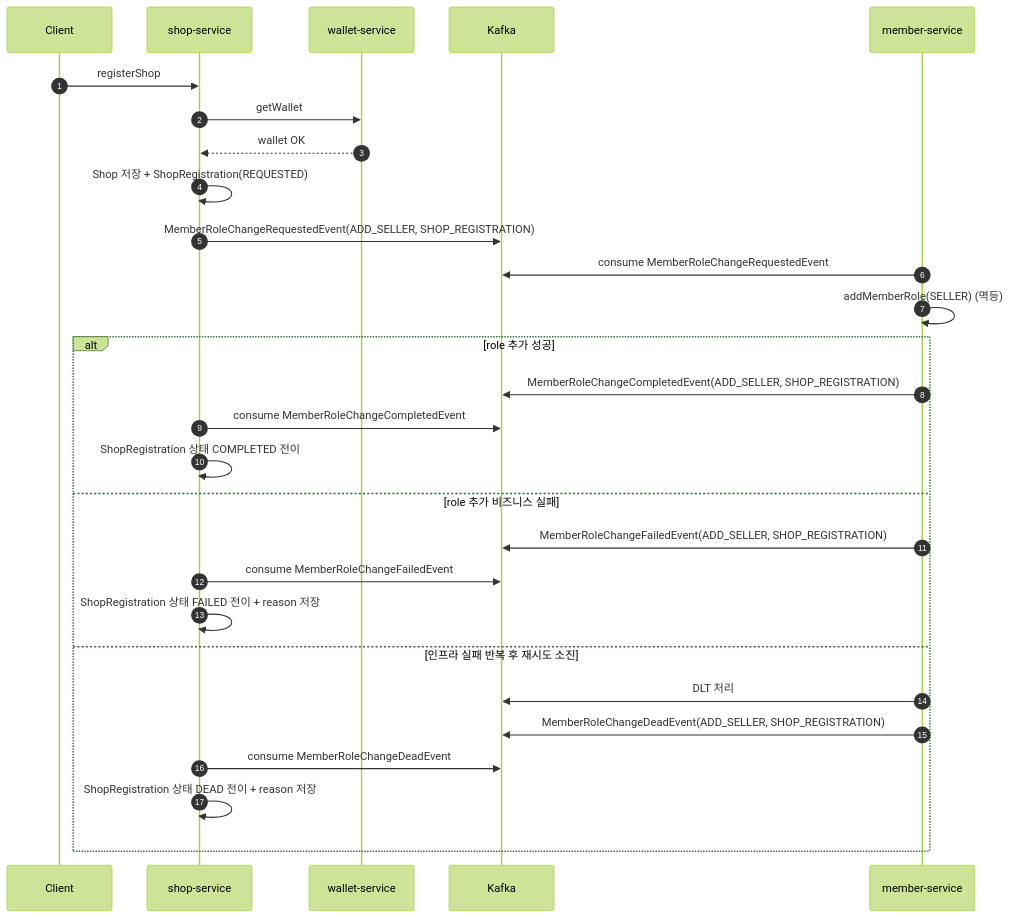
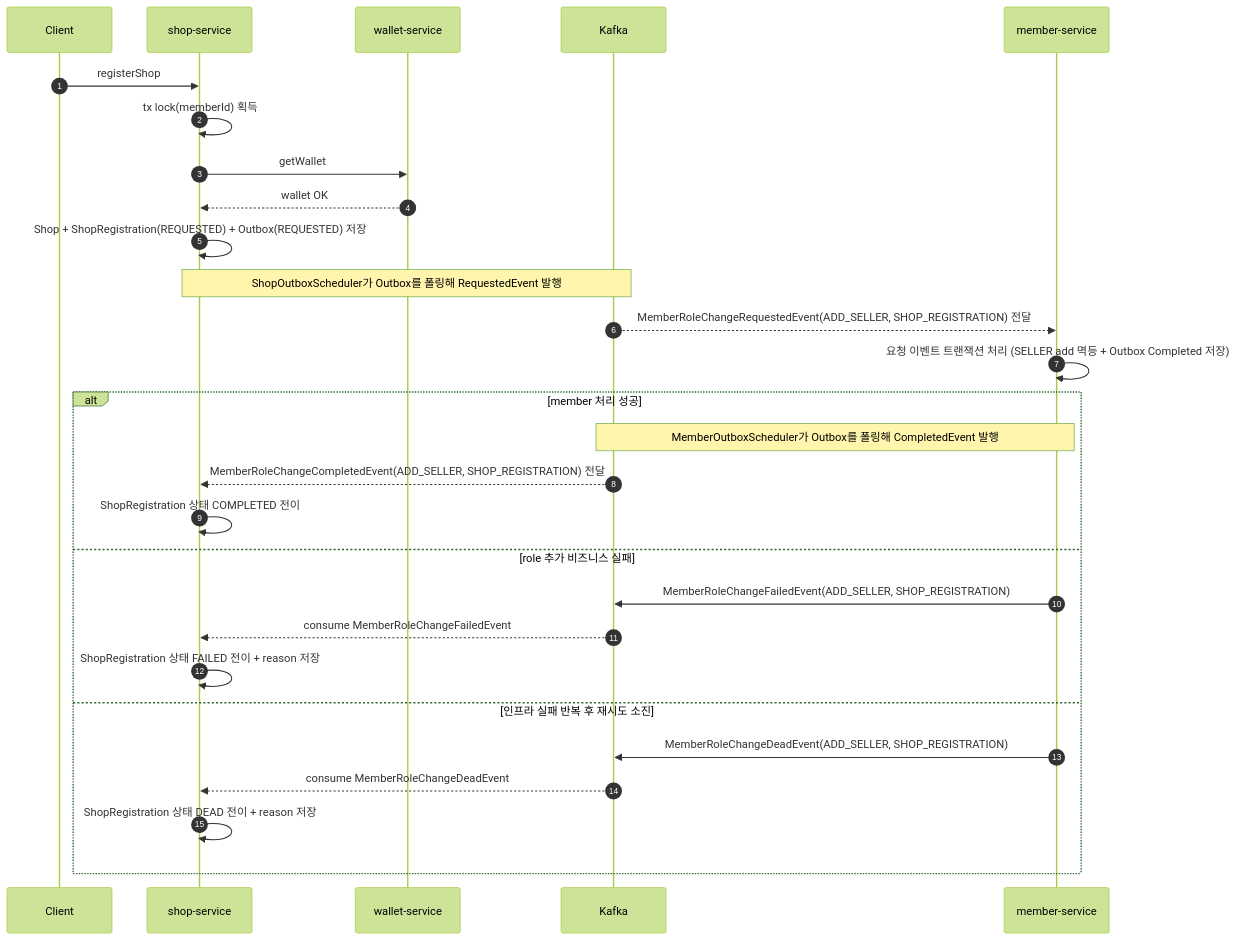
Before and after one commit to 95twan/myroutine: the diagram in shop-service/docs/shop_register_saga_design.md, drawn with Mermaid (forest theme). The commit also changed 2 other files, not shown here.

Commit message:
docs: 시퀀스 다이어그램 추가

````diff
--- a/shop-service/docs/shop_register_saga_design.md
+++ b/shop-service/docs/shop_register_saga_design.md
@@ -177,31 +177,31 @@
 ```mermaid
 sequenceDiagram
     autonumber
     participant C as Client
     participant S as shop-service
     participant W as wallet-service
     participant K as Kafka
     participant M as member-service
 
     C->>S: registerShop
+    S->>S: tx lock(memberId) 획득
     S->>W: getWallet
     W-->>S: wallet OK
-    S->>S: Shop 저장 + ShopRegistration(REQUESTED)
-    S->>K: MemberRoleChangeRequestedEvent(ADD_SELLER, SHOP_REGISTRATION)
-    M->>K: consume MemberRoleChangeRequestedEvent
-    M->>M: addMemberRole(SELLER) (멱등)
-    alt role 추가 성공
-        M->>K: MemberRoleChangeCompletedEvent(ADD_SELLER, SHOP_REGISTRATION)
-        S->>K: consume MemberRoleChangeCompletedEvent
+    S->>S: Shop + ShopRegistration(REQUESTED) + Outbox(REQUESTED) 저장
+    Note over S,K: ShopOutboxScheduler가 Outbox를 폴링해 RequestedEvent 발행
+    K-->>M: MemberRoleChangeRequestedEvent(ADD_SELLER, SHOP_REGISTRATION) 전달
+    M->>M: 요청 이벤트 트랜잭션 처리 (SELLER add 멱등 + Outbox Completed 저장)
+    alt member 처리 성공
+        Note over M,K: MemberOutboxScheduler가 Outbox를 폴링해 CompletedEvent 발행
+        K-->>S: MemberRoleChangeCompletedEvent(ADD_SELLER, SHOP_REGISTRATION) 전달
         S->>S: ShopRegistration 상태 COMPLETED 전이
     else role 추가 비즈니스 실패
         M->>K: MemberRoleChangeFailedEvent(ADD_SELLER, SHOP_REGISTRATION)
-        S->>K: consume MemberRoleChangeFailedEvent
+        K-->>S: consume MemberRoleChangeFailedEvent
         S->>S: ShopRegistration 상태 FAILED 전이 + reason 저장
     else 인프라 실패 반복 후 재시도 소진
-        M->>K: DLT 처리
         M->>K: MemberRoleChangeDeadEvent(ADD_SELLER, SHOP_REGISTRATION)
-        S->>K: consume MemberRoleChangeDeadEvent
+        K-->>S: consume MemberRoleChangeDeadEvent
         S->>S: ShopRegistration 상태 DEAD 전이 + reason 저장
     end
 ```
````
